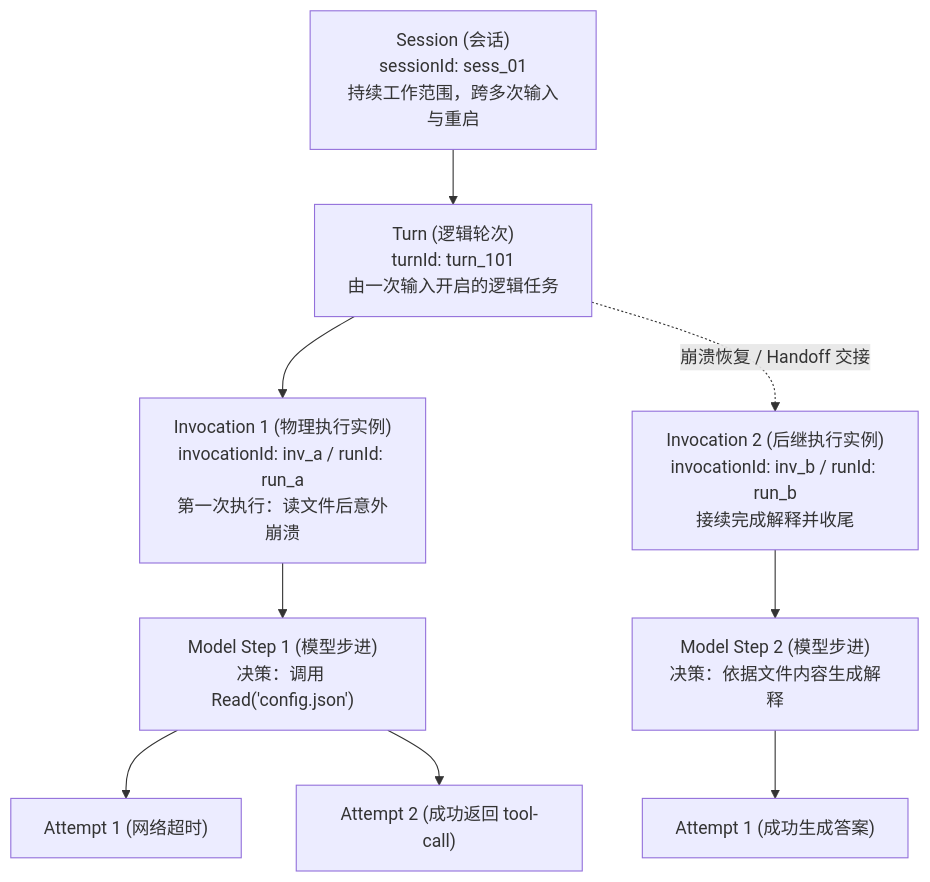
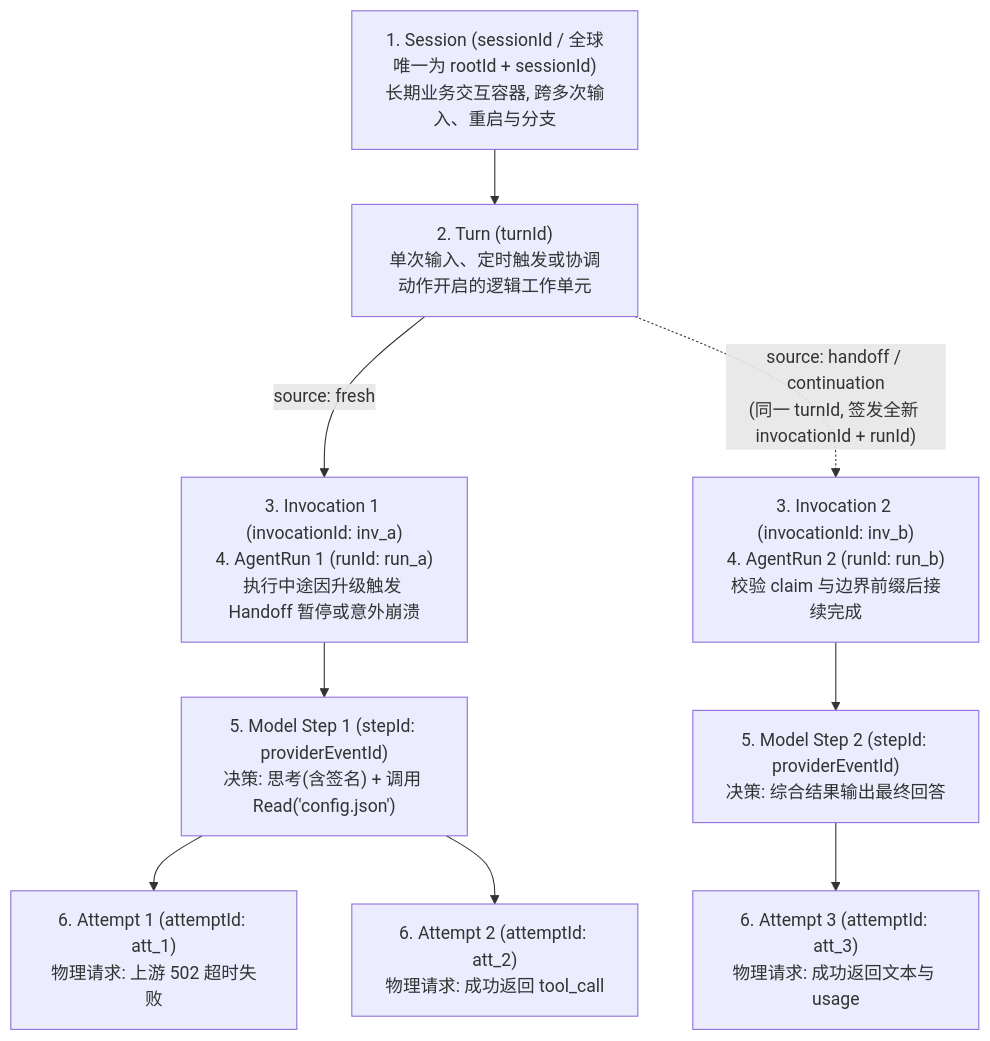
The first of 2 diagrams in maka-agent-infra/00-foundations/domain-model.md (suger-m/agent-infrastructure-docs), drawn with Mermaid before and after one commit. The commit also changed other lines of this file and 31 other files, not shown here.

````diff
--- a/maka-agent-infra/00-foundations/domain-model.md
+++ b/maka-agent-infra/00-foundations/domain-model.md
@@ -29,14 +41,14 @@
 ```mermaid
 flowchart TD
-    S["Session (会话)<br/>sessionId: sess_01<br/>持续工作范围，跨多次输入与重启"] --> T["Turn (逻辑轮次)<br/>turnId: turn_101<br/>由一次输入开启的逻辑任务"]
-    
-    T --> I1["Invocation 1 (物理执行实例)<br/>invocationId: inv_a / runId: run_a<br/>第一次执行：读文件后意外崩溃"]
-    T -.->|"崩溃恢复 / Handoff 交接"| I2["Invocation 2 (后继执行实例)<br/>invocationId: inv_b / runId: run_b<br/>接续完成解释并收尾"]
-    
-    I1 --> Step1["Model Step 1 (模型步进)<br/>决策：调用 Read('config.json')"]
-    Step1 --> Att1["Attempt 1 (网络超时)"]
-    Step1 --> Att2["Attempt 2 (成功返回 tool-call)"]
-    
-    I2 --> Step2["Model Step 2 (模型步进)<br/>决策：依据文件内容生成解释"]
-    Step2 --> Att3["Attempt 1 (成功生成答案)"]
+    S["1. Session (sessionId / 全球唯一为 rootId + sessionId)<br/>长期业务交互容器, 跨多次输入、重启与分支"] --> T["2. Turn (turnId)<br/>单次输入、定时触发或协调动作开启的逻辑工作单元"]
+
+    T -->|"source: fresh"| I1["3. Invocation 1 (invocationId: inv_a)<br/>4. AgentRun 1 (runId: run_a)<br/>执行中途因升级触发 Handoff 暂停或意外崩溃"]
+    T -.->|"source: handoff / continuation<br/>(同一 turnId, 签发全新 invocationId + runId)"| I2["3. Invocation 2 (invocationId: inv_b)<br/>4. AgentRun 2 (runId: run_b)<br/>校验 claim 与边界前缀后接续完成"]
+
+    I1 --> Step1["5. Model Step 1 (stepId: providerEventId)<br/>决策: 思考(含签名) + 调用 Read('config.json')"]
+    Step1 --> Att1["6. Attempt 1 (attemptId: att_1)<br/>物理请求: 上游 502 超时失败"]
+    Step1 --> Att2["6. Attempt 2 (attemptId: att_2)<br/>物理请求: 成功返回 tool_call"]
+
+    I2 --> Step2["5. Model Step 2 (stepId: providerEventId)<br/>决策: 综合结果输出最终回答"]
+    Step2 --> Att3["6. Attempt 3 (attemptId: att_3)<br/>物理请求: 成功返回文本与 usage"]
 ```
````
